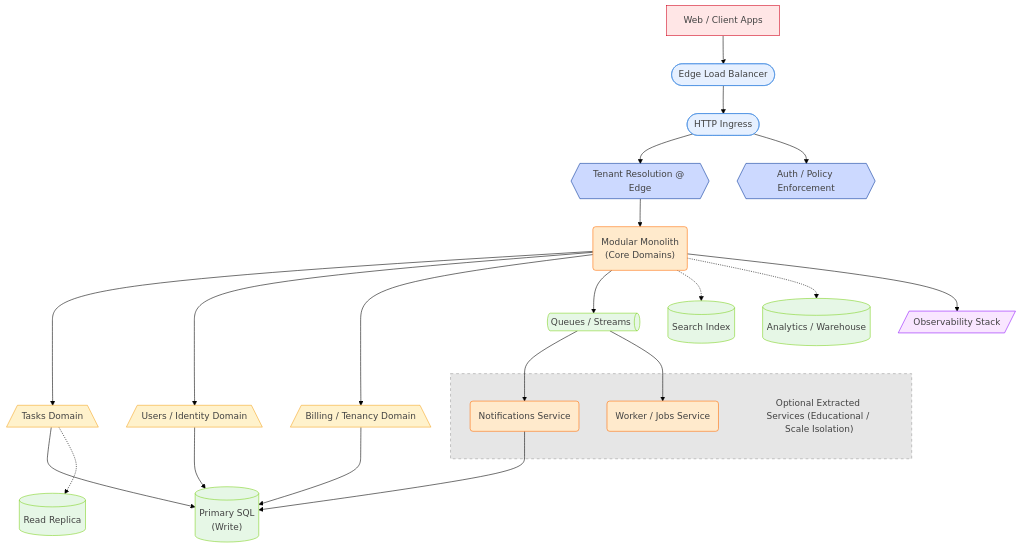
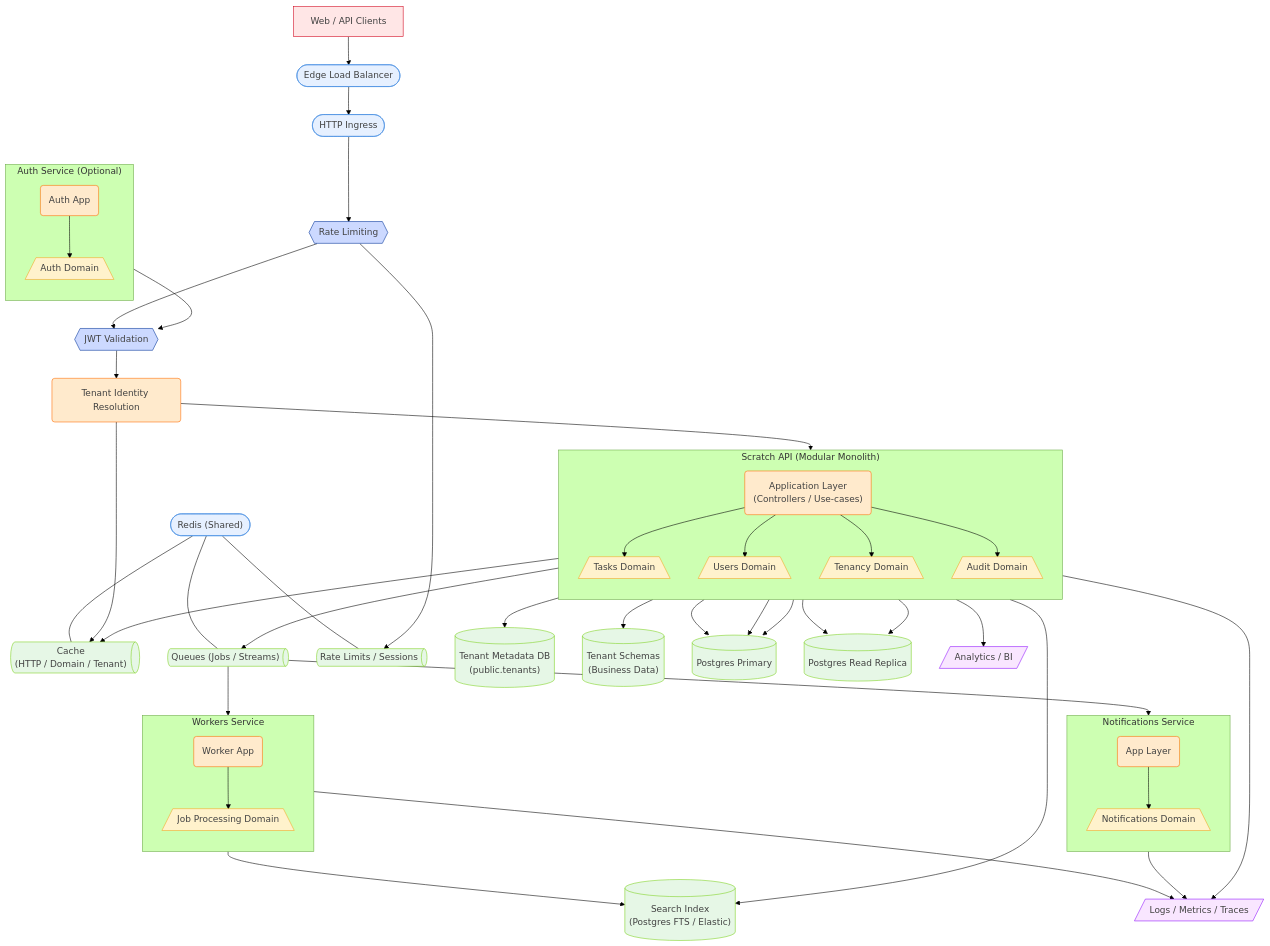
The diagram in docs/architecture/diagrams/scratch-technical-future.mmd (occamarazor/scratch), drawn with Mermaid (forest theme) before and after one commit. The commit also changed 3 other files, not shown here.

Commit message:
Docs: Future Technical Architecture Diagram updated

```diff
--- a/docs/architecture/diagrams/scratch-technical-future.mmd
+++ b/docs/architecture/diagrams/scratch-technical-future.mmd
@@ -1,106 +1,262 @@
 %% =========================
-%% Future Evolution View — Selective Service Extraction (High‑Load, Educational)
+%% Future Technical Architecture (Selective Microservices, Minimal High-Load)
 %% =========================
+
+%% =========================================================
+%% CONSTRAINTS (EXPLICIT, BY DESIGN)
+%% =========================================================
+%% - Single Edge Load Balancer
+%% - Single HTTP Ingress (no service mesh)
+%% - Single Postgres primary + one read replica
+%% - No sharding
+%% - No distributed transactions
+%% - Selective service extraction only
 flowchart TB
-    Clients["Web / Client Apps"]
 
-    LB["Edge Load Balancer"]
-    Ingress["HTTP Ingress"]
-    TenantEdge["Tenant Resolution @ Edge"]
+%% =========================================================
+%% CLIENTS / ENTRY
+%% =========================================================
 
-    Monolith["Modular Monolith<br>(Core Domains)"]
+Client["Web / API Clients"]
+Client:::clients
 
-    Tasks["Tasks Domain"]
-    Users["Users / Identity Domain"]
-    Billing["Billing / Tenancy Domain"]
+%% =========================================================
+%% EDGE / TRAFFIC MANAGEMENT
+%% =========================================================
 
-    %% Optional extracted services (educational)
-    subgraph Optional[" "]
-        NotificationsSvc["Notifications Service"]
-        WorkersSvc["Worker / Jobs Service"]
-        footer["Optional Extracted Services (Educational / Scale Isolation)"]:::future
-    end
+EdgeLB["Edge Load Balancer"]
+Ingress["HTTP Ingress"]
 
-    style footer fill:none,stroke:none
+EdgeLB@{ shape: stadium }
+Ingress@{ shape: stadium }
 
-    %% Persistence
-    SQLPrimary[("Primary SQL<br>(Write)")]
-    SQLReplica[("Read Replica")]
-    Queue[("Queues / Streams")]
-    Search[("Search Index")]
-    Analytics[("Analytics / Warehouse")]
+EdgeLB:::infra
+Ingress:::infra
 
-    %% Cross‑cutting
-    Observability["Observability Stack"]
-    Security["Auth / Policy Enforcement"]
+Client --> EdgeLB --> Ingress
 
-    %% Request flow
-    Clients --> LB --> Ingress --> TenantEdge --> Monolith
+%% =========================================================
+%% SECURITY / PLATFORM POLICY
+%% =========================================================
 
-    %% Monolith internals
-    Monolith --> Tasks & Users & Billing
-    Tasks --> SQLPrimary
-    Users --> SQLPrimary
-    Billing --> SQLPrimary
+RateLimit["Rate Limiting"]
+JWT["JWT Validation"]
 
-    %% Read scaling
-    Tasks -.-> SQLReplica
+RateLimit@{ shape: hex }
+JWT@{ shape: hex }
 
-    %% Async integration boundary
-    Monolith --> Queue
-    Queue --> NotificationsSvc
-    Queue --> WorkersSvc
+RateLimit:::sec
+JWT:::sec
 
-    NotificationsSvc --> SQLPrimary
+Ingress --> RateLimit --> JWT
 
-    %% Optional integrations
-    Monolith -.-> Search
-    Monolith -.-> Analytics
-    Monolith --> Observability
-    Ingress --> Security
+%% =========================================================
+%% TENANT RESOLUTION (EDGE-CONCERN)
+%% =========================================================
 
-    %% Shapes
-    Clients@{ shape: rect }
-    LB@{ shape: stadium }
-    Ingress@{ shape: stadium }
-    TenantEdge@{ shape: hex }
-    Monolith@{ shape: rounded }
+TenantResolver["Tenant Identity Resolution"]
+TenantResolver@{ shape: rounded }
+TenantResolver:::app
 
-    Tasks@{ shape: trap-b }
-    Users@{ shape: trap-b }
-    Billing@{ shape: trap-b }
+JWT --> TenantResolver
 
-    NotificationsSvc@{ shape: rounded }
-    WorkersSvc@{ shape: rounded }
+%% =========================================================
+%% REDIS (SHARED INFRA, MULTI-ROLE)
+%% =========================================================
 
-    SQLPrimary@{ shape: cyl }
-    SQLReplica@{ shape: cyl }
-    Search@{ shape: cyl }
-    Analytics@{ shape: cyl }
-    Queue@{ shape: h-cyl }
+RedisInfra["Redis (Shared)"]
+RedisInfra@{ shape: stadium }
+RedisInfra:::infra
 
-    Observability@{ shape: lean-r }
-    Security@{ shape: hex }
+RedisCache["Cache<br>(HTTP / Domain / Tenant)"]
+RedisCache@{ shape: h-cyl }
+RedisCache:::persistence
 
-    %% Classes
-    class Clients clients
-    class LB,Ingress infra
-    class TenantEdge,Security sec
-    class Monolith app
+RedisQueues["Queues (Jobs / Streams)"]
+RedisQueues@{ shape: h-cyl }
+RedisQueues:::persistence
 
-    class Tasks,Users,Billing domain
-    class NotificationsSvc,WorkersSvc app
+RedisRate["Rate Limits / Sessions"]
+RedisRate@{ shape: h-cyl }
+RedisRate:::persistence
 
-    class SQLPrimary,SQLReplica,Search,Analytics,Queue persistence
-    class Observability observability
-    class Optional future
+RedisInfra --- RedisCache
+RedisInfra --- RedisQueues
+RedisInfra --- RedisRate
 
-    %% Palette (Authoritative)
-    classDef clients fill:#ffe6e6,stroke:#d0021b,color:#424242;
-    classDef app fill:#ffeacc,stroke:#ff6d00,color:#424242;
-    classDef domain fill:#fff2cc,stroke:#f5a623,color:#424242;
-    classDef persistence fill:#e6f7e6,stroke:#7ed321,color:#424242;
-    classDef infra fill:#e6f0ff,stroke:#4a90e2,color:#424242;
-    classDef sec fill:#ccd9ff,stroke:#003399,color:#424242;
-    classDef observability fill:#f9e6ff,stroke:#9013fe,color:#424242;
-    classDef future fill:#e6e6e6,stroke:#9b9b9b,color:#424242,stroke-dasharray: 5 5;
+RateLimit --> RedisRate
+TenantResolver --> RedisCache
+
+%% =========================================================
+%% APPLICATION BOUNDARY – MODULAR MONOLITH
+%% =========================================================
+
+subgraph Monolith["Scratch API (Modular Monolith)"]
+direction TB
+
+  AppLayer["Application Layer<br>(Controllers / Use-cases)"]
+  AppLayer@{ shape: rounded }
+  AppLayer:::app
+
+  %% -------------------------
+  %% DOMAIN MODULES (IN-PROCESS)
+  %% -------------------------
+
+  TasksDomain["Tasks Domain"]
+  TasksDomain@{ shape: trap-b }
+  TasksDomain:::domain
+
+  UsersDomain["Users Domain"]
+  UsersDomain@{ shape: trap-b }
+  UsersDomain:::domain
+
+  TenancyDomain["Tenancy Domain"]
+  TenancyDomain@{ shape: trap-b }
+  TenancyDomain:::domain
+
+  AuditDomain["Audit Domain"]
+  AuditDomain@{ shape: trap-b }
+  AuditDomain:::domain
+
+  AppLayer --> TasksDomain
+  AppLayer --> UsersDomain
+  AppLayer --> TenancyDomain
+  AppLayer --> AuditDomain
+end
+
+TenantResolver --> AppLayer
+
+%% =========================================================
+%% TENANCY – METADATA & DB SCOPING
+%% =========================================================
+
+TenantMetaDB["Tenant Metadata DB<br>(public.tenants)"]
+TenantMetaDB@{ shape: cylinder }
+TenantMetaDB:::persistence
+
+TenantSchemaDB["Tenant Schemas<br>(Business Data)"]
+TenantSchemaDB@{ shape: cylinder }
+TenantSchemaDB:::persistence
+
+TenancyDomain --> RedisCache
+TenancyDomain --> TenantMetaDB
+TenancyDomain --> TenantSchemaDB
+
+%% =========================================================
+%% PRIMARY DATABASE (NO SHARDING)
+%% =========================================================
+
+PostgresPrimary["Postgres Primary"]
+PostgresPrimary@{ shape: cylinder }
+PostgresPrimary:::persistence
+
+PostgresReplica["Postgres Read Replica"]
+PostgresReplica@{ shape: cylinder }
+PostgresReplica:::persistence
+
+TasksDomain --> PostgresPrimary
+UsersDomain --> PostgresPrimary
+AuditDomain --> PostgresPrimary
+
+TasksDomain --> PostgresReplica
+UsersDomain --> PostgresReplica
+
+%% =========================================================
+%% SELECTIVELY EXTRACTED SERVICES
+%% =========================================================
+
+%% -------------------------
+%% NOTIFICATIONS SERVICE
+%% -------------------------
+
+subgraph NotificationsSvc["Notifications Service"]
+direction TB
+  NotifApp["App Layer"]
+  NotifApp@{ shape: rounded }
+  NotifApp:::app
+
+  NotifDomain["Notifications Domain"]
+  NotifDomain@{ shape: trap-b }
+  NotifDomain:::domain
+
+  NotifApp --> NotifDomain
+end
+
+AuditDomain --> RedisQueues
+RedisQueues --> NotifApp
+
+%% -------------------------
+%% WORKERS SERVICE (CPU / IO ISOLATION)
+%% -------------------------
+
+subgraph WorkersSvc["Workers Service"]
+direction TB
+  WorkerApp["Worker App"]
+  WorkerApp@{ shape: rounded }
+  WorkerApp:::app
+
+  WorkerDomain["Job Processing Domain"]
+  WorkerDomain@{ shape: trap-b }
+  WorkerDomain:::domain
+
+  WorkerApp --> WorkerDomain
+end
+
+RedisQueues --> WorkerApp
+
+%% -------------------------
+%% AUTH SERVICE (OPTIONAL EXTRACTION)
+%% -------------------------
+
+subgraph AuthSvc["Auth Service (Optional)"]
+direction TB
+  AuthApp["Auth App"]
+  AuthApp@{ shape: rounded }
+  AuthApp:::app
+
+  AuthDomain["Auth Domain"]
+  AuthDomain@{ shape: trap-b }
+  AuthDomain:::domain
+
+  AuthApp --> AuthDomain
+end
+
+AuthDomain --> JWT
+
+%% =========================================================
+%% SEARCH (MINIMAL, ASYNC)
+%% =========================================================
+
+SearchIndex["Search Index<br>(Postgres FTS / Elastic)"]
+SearchIndex@{ shape: cylinder }
+SearchIndex:::persistence
+
+WorkersSvc --> SearchIndex
+AppLayer --> SearchIndex
+
+%% =========================================================
+%% OBSERVABILITY & ANALYTICS (NON-INTRUSIVE)
+%% =========================================================
+
+Observability["Logs / Metrics / Traces"]
+Observability@{ shape: lean-r }
+Observability:::observability
+
+Analytics["Analytics / BI"]
+Analytics@{ shape: lean-r }
+Analytics:::observability
+
+Monolith --> Observability
+NotificationsSvc --> Observability
+WorkersSvc --> Observability
+
+AuditDomain --> Analytics
+
+classDef clients fill:#ffe6e6,stroke:#d0021b,color:#424242;
+classDef app fill:#ffeacc,stroke:#ff6d00,color:#424242;
+classDef domain fill:#fff2cc,stroke:#f5a623,color:#424242;
+classDef persistence fill:#e6f7e6,stroke:#7ed321,color:#424242;
+classDef infra fill:#e6f0ff,stroke:#4a90e2,color:#424242;
+classDef sec fill:#ccd9ff,stroke:#003399,color:#424242;
+classDef observability fill:#f9e6ff,stroke:#9013fe,color:#424242;
+classDef future fill:#e6e6e6,stroke:#9b9b9b,color:#424242,stroke-dasharray: 5 5;
```
